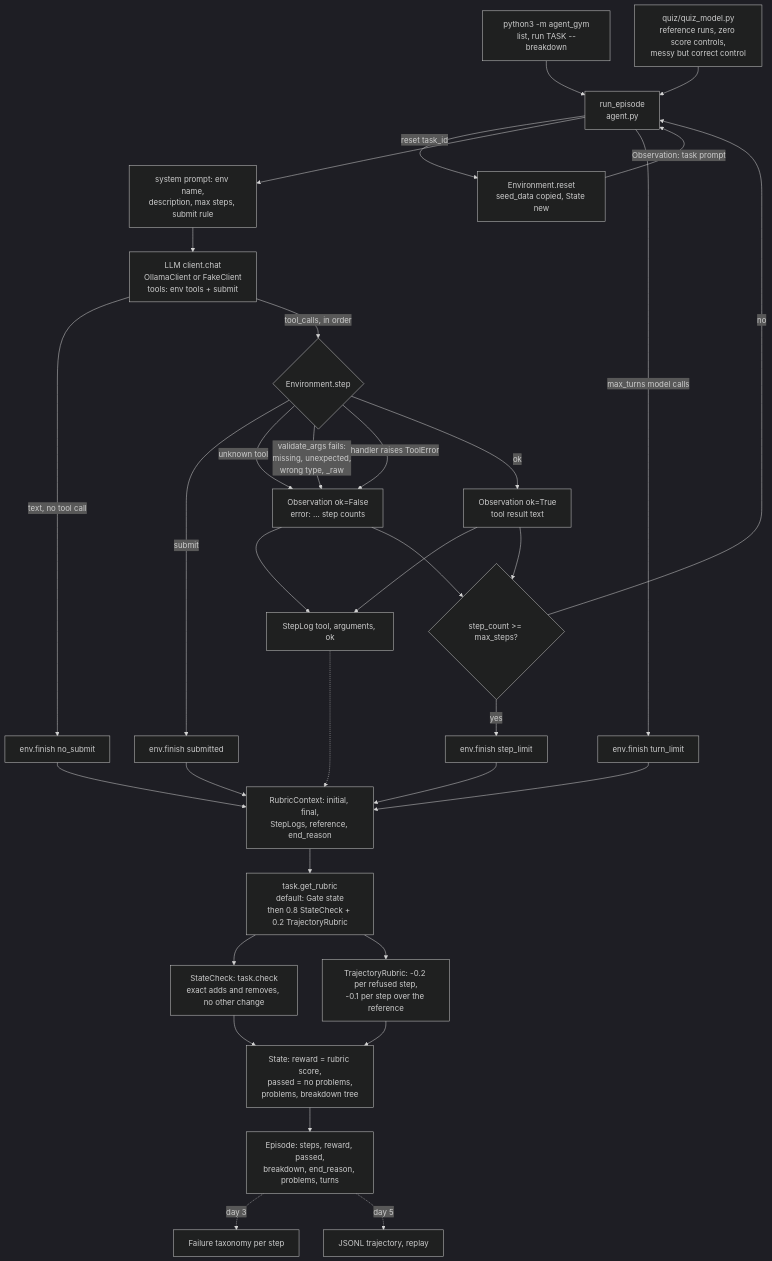
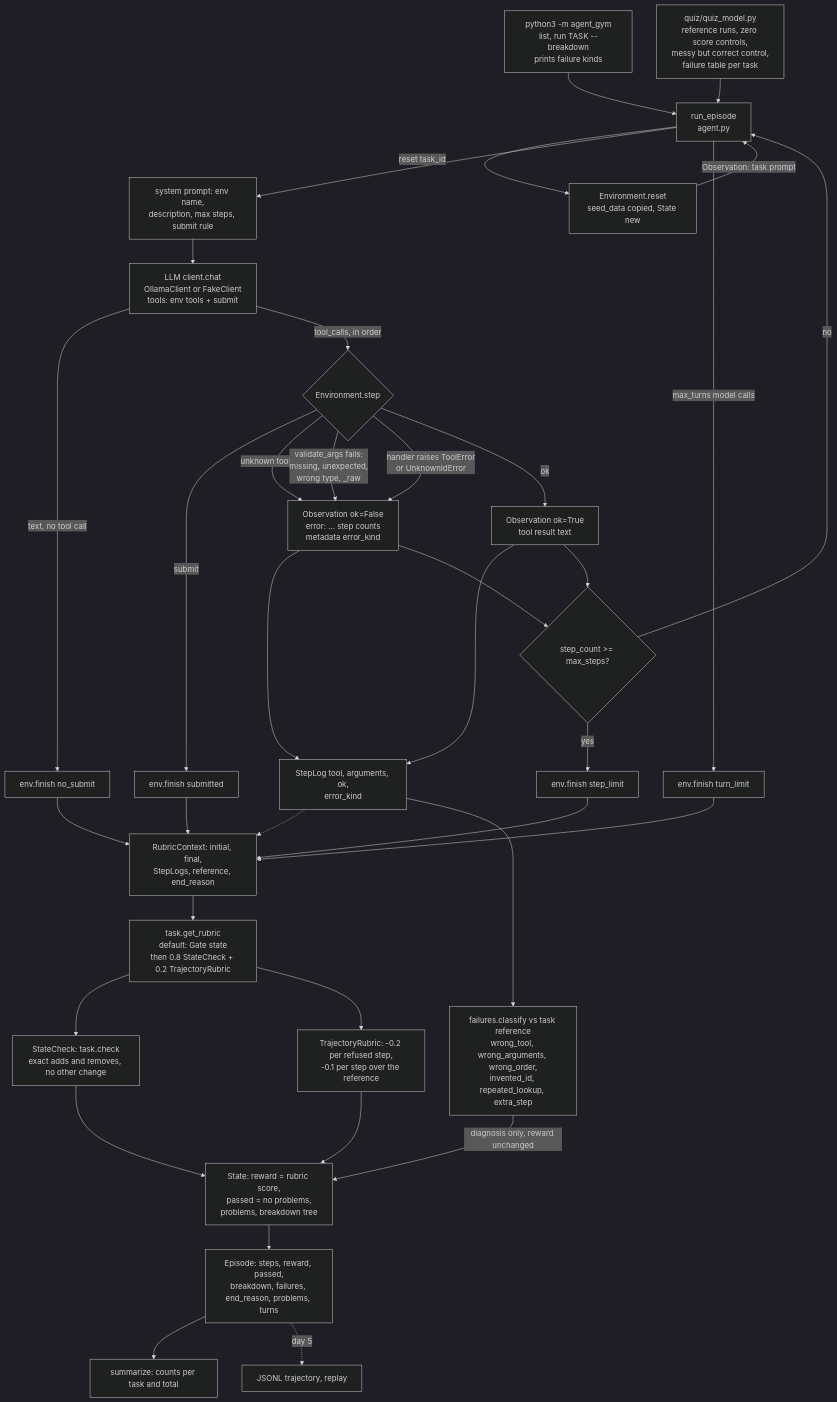
Before and after one commit to pavankonam/agents: the diagram in week_03_agent_gym/flow.md, drawn with Mermaid (dark theme). The commit also changed other lines of this file and 18 other files, not shown here.

````diff
--- a/week_03_agent_gym/flow.md
+++ b/week_03_agent_gym/flow.md
@@ -5,36 +5,38 @@
 ```mermaid
 flowchart TD
-    CLI[python3 -m agent_gym<br/>list, run TASK --breakdown] --> RE
-    QM[quiz/quiz_model.py<br/>reference runs, zero score controls,<br/>messy but correct control] --> RE
+    CLI[python3 -m agent_gym<br/>list, run TASK --breakdown<br/>prints failure kinds] --> RE
+    QM[quiz/quiz_model.py<br/>reference runs, zero score controls,<br/>messy but correct control,<br/>failure table per task] --> RE
     RE[run_episode<br/>agent.py] -->|reset task_id| ENV[Environment.reset<br/>seed_data copied, State new]
     ENV -->|Observation: task prompt| RE
     RE --> SP[system prompt: env name,<br/>description, max steps, submit rule]
     SP --> M[LLM client.chat<br/>OllamaClient or FakeClient<br/>tools: env tools + submit]
     M -->|text, no tool call| NS[env.finish no_submit]
     M -->|tool_calls, in order| ST{Environment.step}
     ST -->|submit| FIN[env.finish submitted]
-    ST -->|unknown tool| ERR[Observation ok=False<br/>error: ... step counts]
+    ST -->|unknown tool| ERR[Observation ok=False<br/>error: ... step counts<br/>metadata error_kind]
     ST -->|validate_args fails:<br/>missing, unexpected,<br/>wrong type, _raw| ERR
-    ST -->|handler raises ToolError| ERR
+    ST -->|handler raises ToolError<br/>or UnknownIdError| ERR
     ST -->|ok| OK[Observation ok=True<br/>tool result text]
-    ERR --> LOG[StepLog tool, arguments, ok]
+    ERR --> LOG[StepLog tool, arguments, ok,<br/>error_kind]
     OK --> LOG
     OK --> LIM{step_count >= max_steps?}
     ERR --> LIM
     LIM -->|yes| SL[env.finish step_limit]
     LIM -->|no| RE
     RE -->|max_turns model calls| TL[env.finish turn_limit]
     NS --> CHK
     FIN --> CHK
     SL --> CHK
     TL --> CHK
     CHK[RubricContext: initial, final,<br/>StepLogs, reference, end_reason] --> RB
     LOG -.-> CHK
     RB[task.get_rubric<br/>default: Gate state<br/>then 0.8 StateCheck + 0.2 TrajectoryRubric] --> SC[StateCheck: task.check<br/>exact adds and removes, no other change]
     RB --> TJ[TrajectoryRubric: -0.2 per refused step,<br/>-0.1 per step over the reference]
     SC --> RW[State: reward = rubric score,<br/>passed = no problems,<br/>problems, breakdown tree]
     TJ --> RW
-    RW --> EP[Episode: steps, reward, passed,<br/>breakdown, end_reason, problems, turns]
-    EP -.->|day 3| FT[Failure taxonomy per step]
+    LOG --> FT[failures.classify vs task reference<br/>wrong_tool, wrong_arguments, wrong_order,<br/>invented_id, repeated_lookup, extra_step]
+    FT -->|diagnosis only, reward unchanged| RW
+    RW --> EP[Episode: steps, reward, passed,<br/>breakdown, failures, end_reason, problems, turns]
+    EP --> SUM[summarize: counts per task and total]
     EP -.->|day 5| TR[JSONL trajectory, replay]
 ```
````
